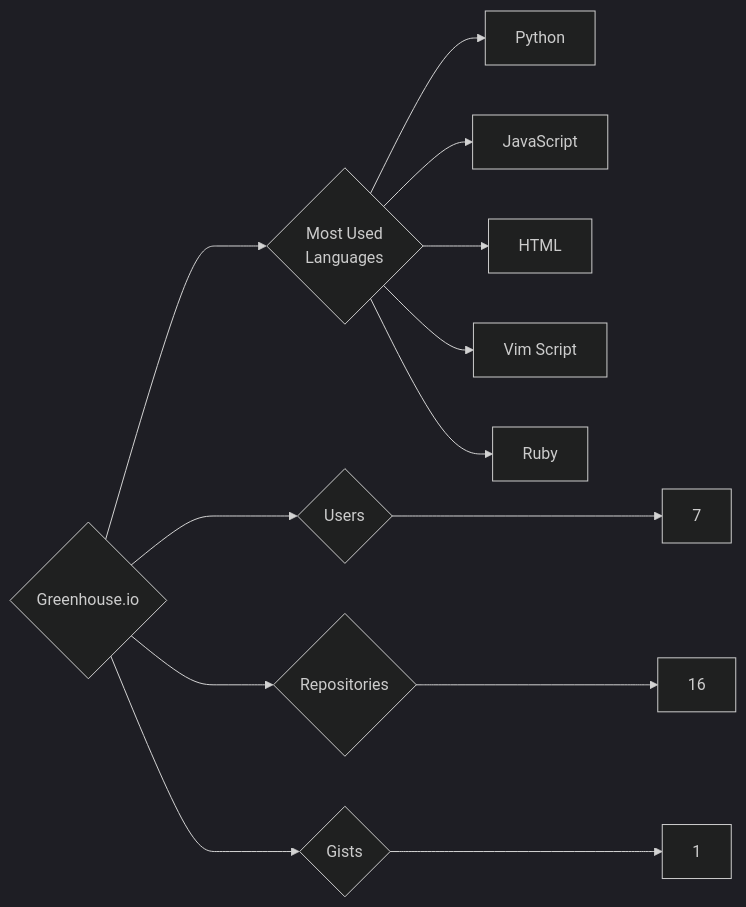
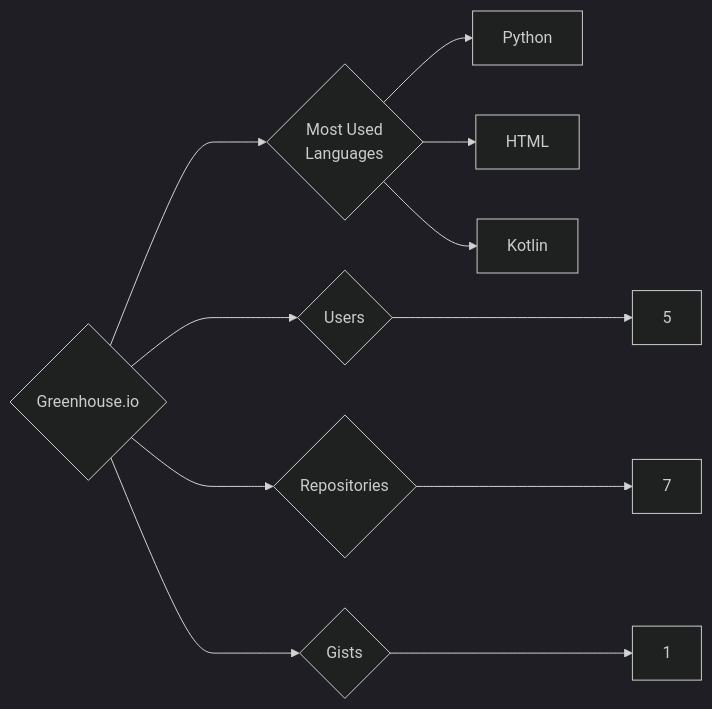
One commit to trickest/insiders changed the diagram in targets/Greenhouse.io/README.md. Above: the diagram before and after it, drawn with Mermaid (dark theme). The commit also changed 1089 other files, not shown here.

````diff
--- a/targets/Greenhouse.io/README.md
+++ b/targets/Greenhouse.io/README.md
@@ -3,13 +3,11 @@
 ```mermaid
 graph LR
 COMPANY_NAME{Greenhouse.io}
-COMPANY_NAME ---> U{Users} ---> UN[7]
-COMPANY_NAME ---> R{Repositories} ---> RN[16]
+COMPANY_NAME ---> U{Users} ---> UN[5]
+COMPANY_NAME ---> R{Repositories} ---> RN[7]
 COMPANY_NAME ---> G{Gists} ---> GN[1]
 COMPANY_NAME ---> ML{Most Used<br>Languages}
 ML --> Python[Python]
-ML --> JavaScript[JavaScript]
 ML --> HTML[HTML]
-ML --> Vim_Script[Vim Script]
-ML --> Ruby[Ruby]
+ML --> Kotlin[Kotlin]
 ```
````
